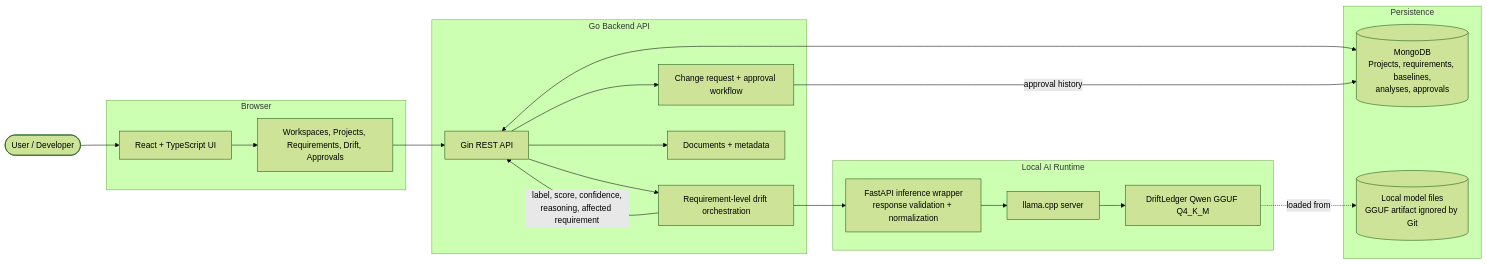
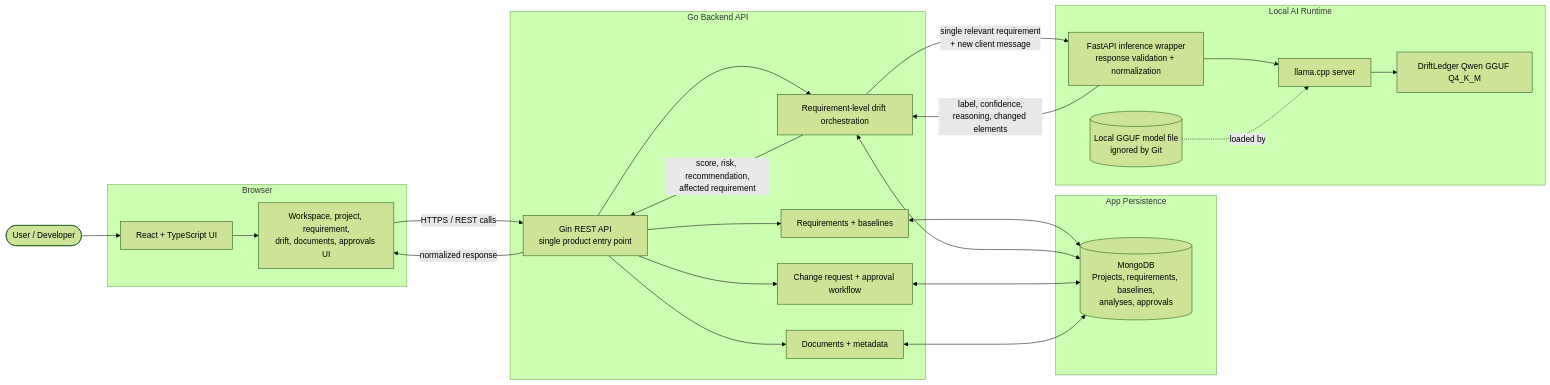
One commit to muneeb-anjum0/Drift changed the diagram in README.md. Above: the diagram before and after it, drawn with Mermaid (forest theme).

Commit message:
Clarify README architecture flow
Simplifies the Mermaid diagram so app persistence, product workflows, and local AI inference are separated correctly, with only drift orchestration calling the model runtime.

````diff
--- a/README.md
+++ b/README.md
@@ -91,44 +91,51 @@
 ```mermaid
 flowchart LR
     user(["User / Developer"])
 
     subgraph browser["Browser"]
         ui["React + TypeScript UI"]
-        views["Workspaces, Projects, Requirements, Drift, Approvals"]
+        views["Workspace, project, requirement,\ndrift, documents, approvals UI"]
     end
 
     subgraph backend["Go Backend API"]
-        api["Gin REST API"]
+        api["Gin REST API\nsingle product entry point"]
+        reqs["Requirements + baselines"]
         drift["Requirement-level drift orchestration"]
         changes["Change request + approval workflow"]
         files["Documents + metadata"]
     end
 
-    subgraph data["Persistence"]
+    subgraph data["App Persistence"]
         mongo[("MongoDB\nProjects, requirements, baselines,\nanalyses, approvals")]
-        modelFiles[("Local model files\nGGUF artifact ignored by Git")]
     end
 
     subgraph ai["Local AI Runtime"]
         wrapper["FastAPI inference wrapper\nresponse validation + normalization"]
         llama["llama.cpp server"]
         gguf["DriftLedger Qwen GGUF Q4_K_M"]
+        modelFiles[("Local GGUF model file\nignored by Git")]
     end
 
     user --> ui
     ui --> views
-    views --> api
+    views -->|"HTTPS / REST calls"| api
 
+    api --> reqs
     api --> drift
     api --> changes
     api --> files
-    api <--> mongo
 
-    drift --> wrapper
+    reqs <--> mongo
+    drift <--> mongo
+    changes <--> mongo
+    files <--> mongo
+
+    drift -->|"single relevant requirement\n+ new client message"| wrapper
     wrapper --> llama
     llama --> gguf
-    gguf -. loaded from .-> modelFiles
+    modelFiles -. loaded by .-> llama
 
-    drift -->|"label, score, confidence,\nreasoning, affected requirement"| api
-    changes -->|"approval history"| mongo
+    wrapper -->|"label, confidence,\nreasoning, changed elements"| drift
+    drift -->|"score, risk, recommendation,\naffected requirement"| api
+    api -->|"normalized response"| views
 ```
````
